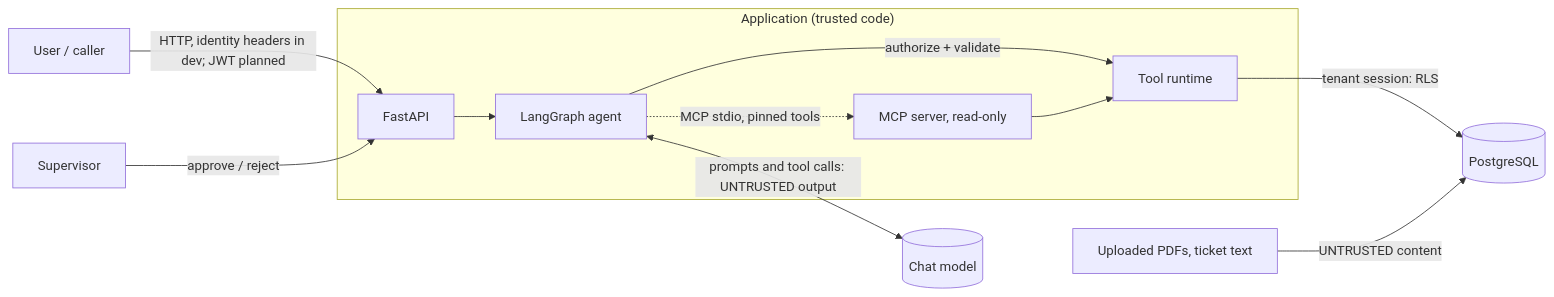
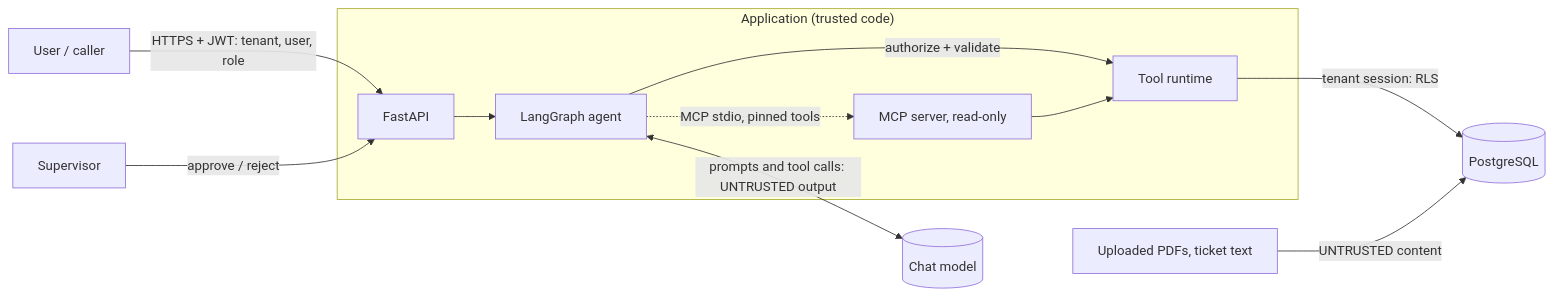
The diagram in docs/security/THREAT_MODEL.md (tomasghilino/secure-ai-agent), drawn with Mermaid before and after one commit. The commit also changed other lines of this file and 6 other files, not shown here.

````diff
--- a/docs/security/THREAT_MODEL.md
+++ b/docs/security/THREAT_MODEL.md
@@ -35,14 +35,14 @@
 ```mermaid
 flowchart LR
-    U[User / caller] -->|HTTP, identity headers in dev; JWT planned| API
+    U[User / caller] -->|HTTPS + JWT: tenant, user, role| API
     subgraph App["Application (trusted code)"]
         API[FastAPI] --> AG[LangGraph agent]
         AG -->|authorize + validate| TR[Tool runtime]
         AG -.->|MCP stdio, pinned tools| MCP[MCP server, read-only]
         MCP --> TR
     end
     AG <-->|prompts and tool calls: UNTRUSTED output| LLM[(Chat model)]
     TR -->|tenant session: RLS| DB[(PostgreSQL)]
     DOCS[Uploaded PDFs, ticket text] -->|UNTRUSTED content| DB
     SUP[Supervisor] -->|approve / reject| API
 ```
````
